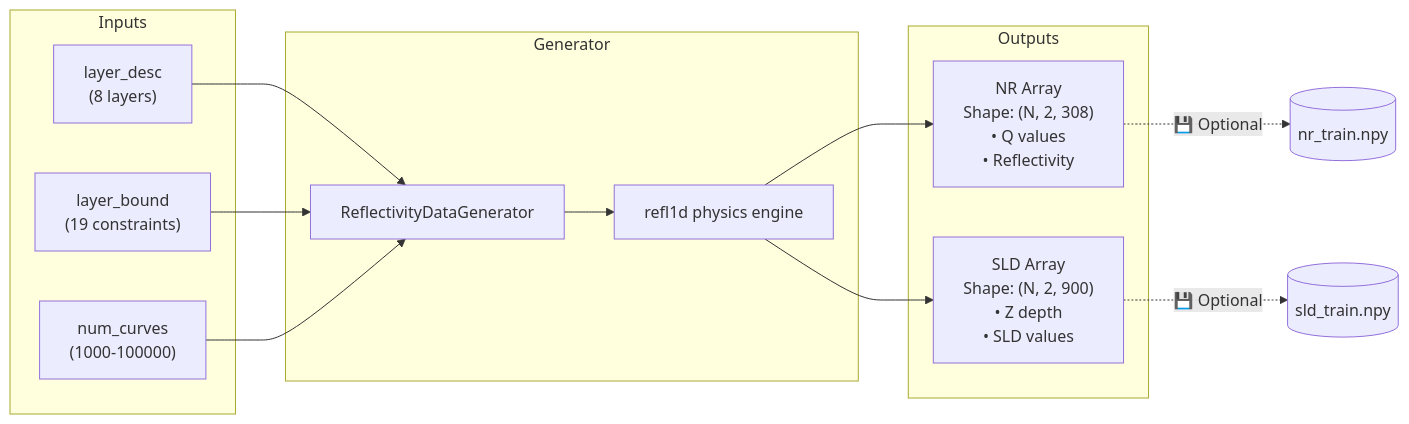
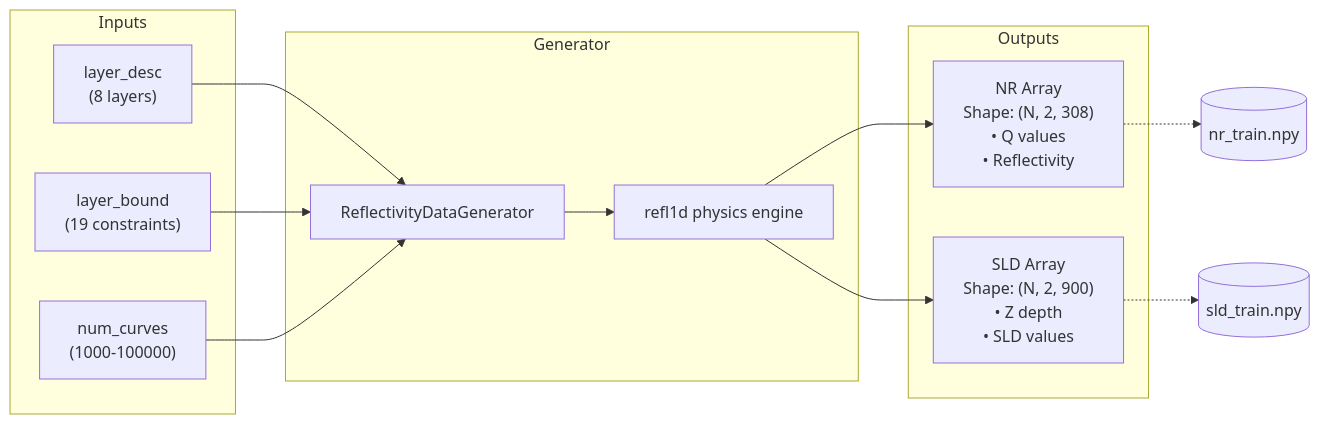
One commit to Northeastern-Research-ORNL-1/pyreflect-interface changed the second of 5 diagrams in docs/FLOW.md. Above: the diagram before and after it, drawn with Mermaid. The commit also changed other lines of this file and 8 other files, not shown here.

````diff
--- a/docs/FLOW.md
+++ b/docs/FLOW.md
@@ -77,27 +77,27 @@
 ```mermaid
 flowchart LR
     subgraph Inputs
         LD["layer_desc<br/>(8 layers)"]
         LB["layer_bound<br/>(19 constraints)"]
         NC["num_curves<br/>(1000-100000)"]
     end
 
     subgraph Generator
         RDG["ReflectivityDataGenerator"]
         Refl1d["refl1d physics engine"]
     end
 
     subgraph Outputs
         NR["NR Array<br/>Shape: (N, 2, 308)<br/>• Q values<br/>• Reflectivity"]
         SLD["SLD Array<br/>Shape: (N, 2, 900)<br/>• Z depth<br/>• SLD values"]
     end
 
     LD --> RDG
     LB --> RDG
     NC --> RDG
     RDG --> Refl1d --> NR
     Refl1d --> SLD
 
-    NR -.->|"💾 Optional"| NPY1[("nr_train.npy")]
-    SLD -.->|"💾 Optional"| NPY2[("sld_train.npy")]
+    NR -.-> NPY1[("nr_train.npy")]
+    SLD -.-> NPY2[("sld_train.npy")]
 ```
````
